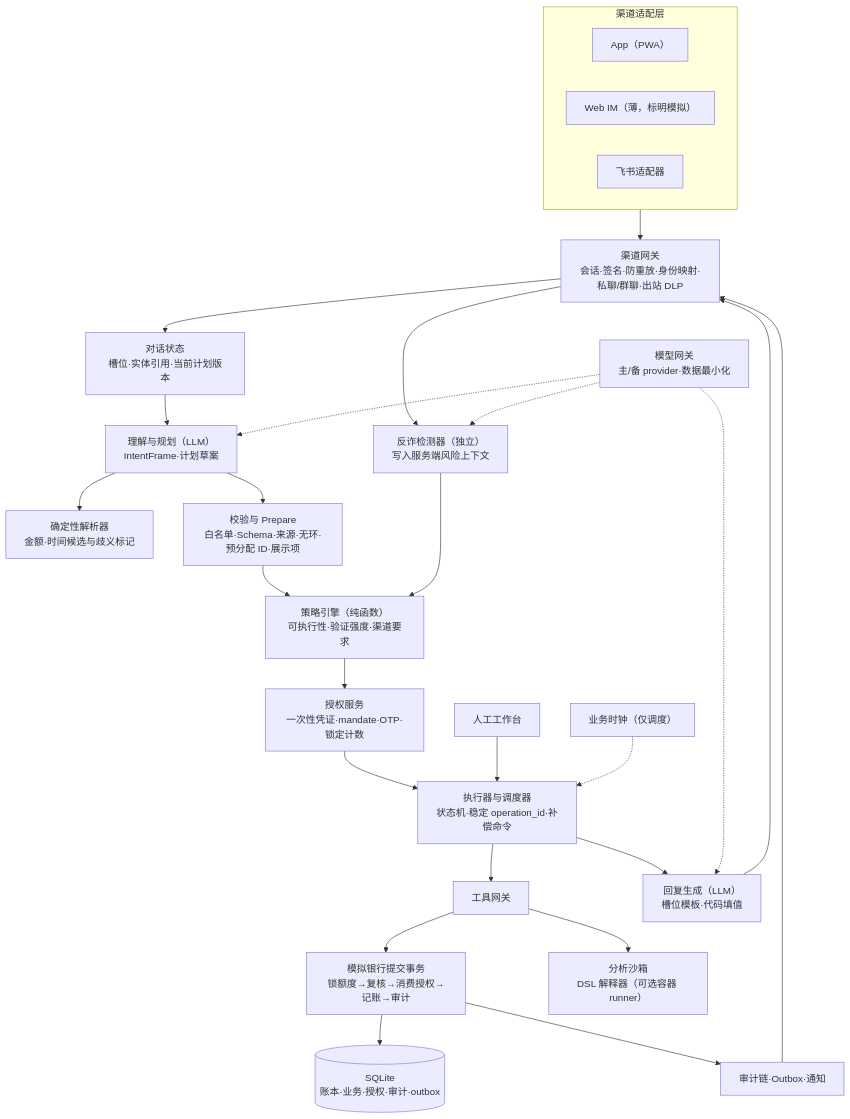
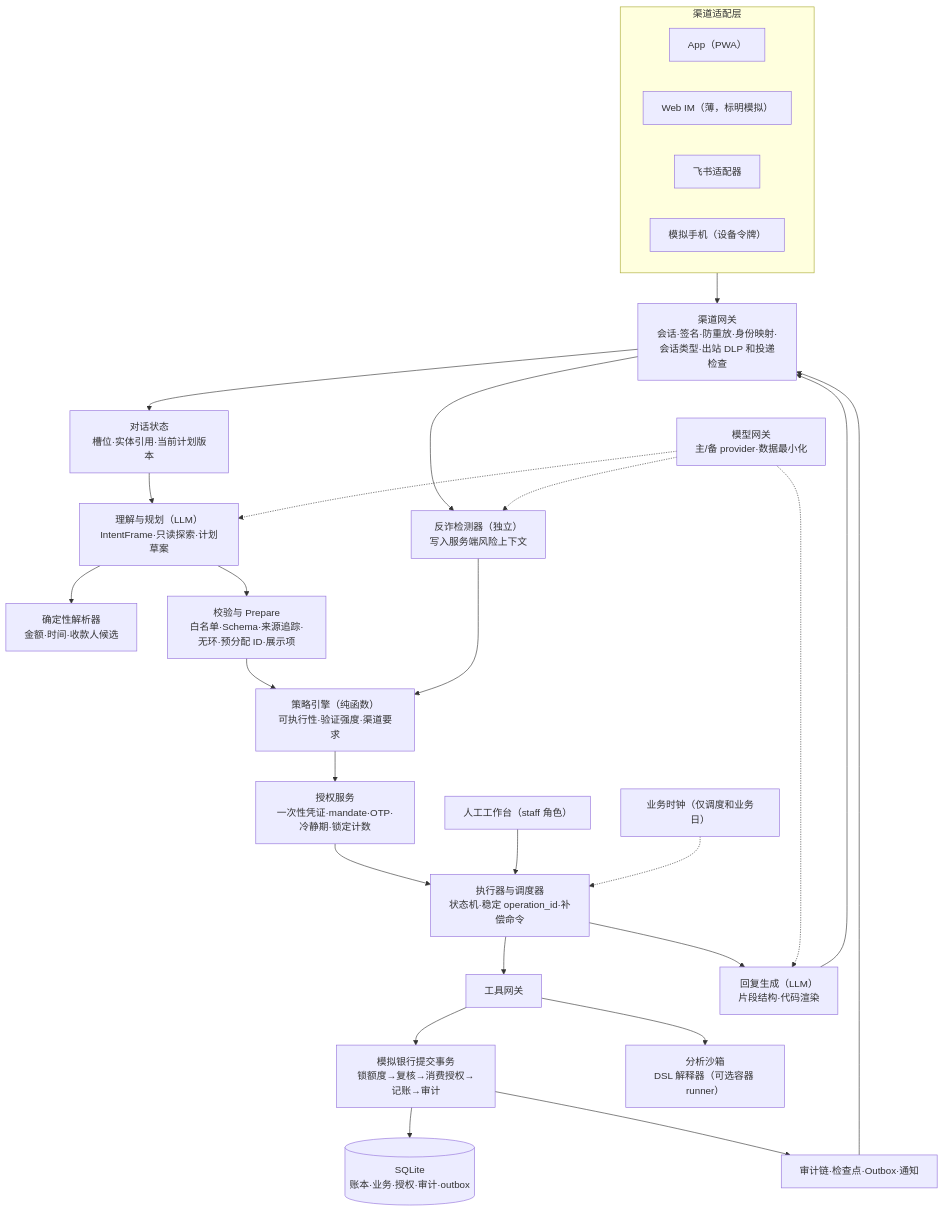
Before and after one commit to Weichenleeeee123/AgentBank: the first of 2 diagrams in docs/PLAN.md, drawn with Mermaid. The commit also changed other lines of this file and 3 other files, not shown here.

````diff
--- a/docs/PLAN.md
+++ b/docs/PLAN.md
@@ -71,31 +189,32 @@
 ```mermaid
 flowchart TB
   subgraph CH["渠道适配层"]
     APP["App（PWA）"]
     WIM["Web IM（薄，标明模拟）"]
     FS["飞书适配器"]
+    DEV["模拟手机（设备令牌）"]
   end
-  CH --> GW["渠道网关<br/>会话·签名·防重放·身份映射·私聊/群聊·出站 DLP"]
+  CH --> GW["渠道网关<br/>会话·签名·防重放·身份映射·会话类型·出站 DLP 和投递检查"]
   GW --> DS["对话状态<br/>槽位·实体引用·当前计划版本"]
-  DS --> NLU["理解与规划（LLM）<br/>IntentFrame·计划草案"]
-  NLU --> PAR["确定性解析器<br/>金额·时间候选与歧义标记"]
+  DS --> NLU["理解与规划（LLM）<br/>IntentFrame·只读探索·计划草案"]
+  NLU --> PAR["确定性解析器<br/>金额·时间·收款人候选"]
   GW --> FRD["反诈检测器（独立）<br/>写入服务端风险上下文"]
-  NLU --> VAL["校验与 Prepare<br/>白名单·Schema·来源·无环·预分配 ID·展示项"]
+  NLU --> VAL["校验与 Prepare<br/>白名单·Schema·来源追踪·无环·预分配 ID·展示项"]
   VAL --> POL["策略引擎（纯函数）<br/>可执行性·验证强度·渠道要求"]
   FRD --> POL
-  POL --> AUTH["授权服务<br/>一次性凭证·mandate·OTP·锁定计数"]
+  POL --> AUTH["授权服务<br/>一次性凭证·mandate·OTP·冷静期·锁定计数"]
   AUTH --> EXE["执行器与调度器<br/>状态机·稳定 operation_id·补偿命令"]
   EXE --> TG["工具网关"]
   TG --> BANK["模拟银行提交事务<br/>锁额度→复核→消费授权→记账→审计"]
   BANK --> DB[("SQLite<br/>账本·业务·授权·审计·outbox")]
   TG --> SBX["分析沙箱<br/>DSL 解释器（可选容器 runner）"]
-  EXE --> CMP["回复生成（LLM）<br/>槽位模板·代码填值"]
+  EXE --> CMP["回复生成（LLM）<br/>片段结构·代码渲染"]
   CMP --> GW
-  BANK --> OUT["审计链·Outbox·通知"]
+  BANK --> OUT["审计链·检查点·Outbox·通知"]
   OUT --> GW
-  HUM["人工工作台"] --> EXE
+  HUM["人工工作台（staff 角色）"] --> EXE
   MG["模型网关<br/>主/备 provider·数据最小化"] -.-> NLU
   MG -.-> CMP
   MG -.-> FRD
-  CLK["业务时钟（仅调度）"] -.-> EXE
+  CLK["业务时钟（仅调度和业务日）"] -.-> EXE
 ```
````
